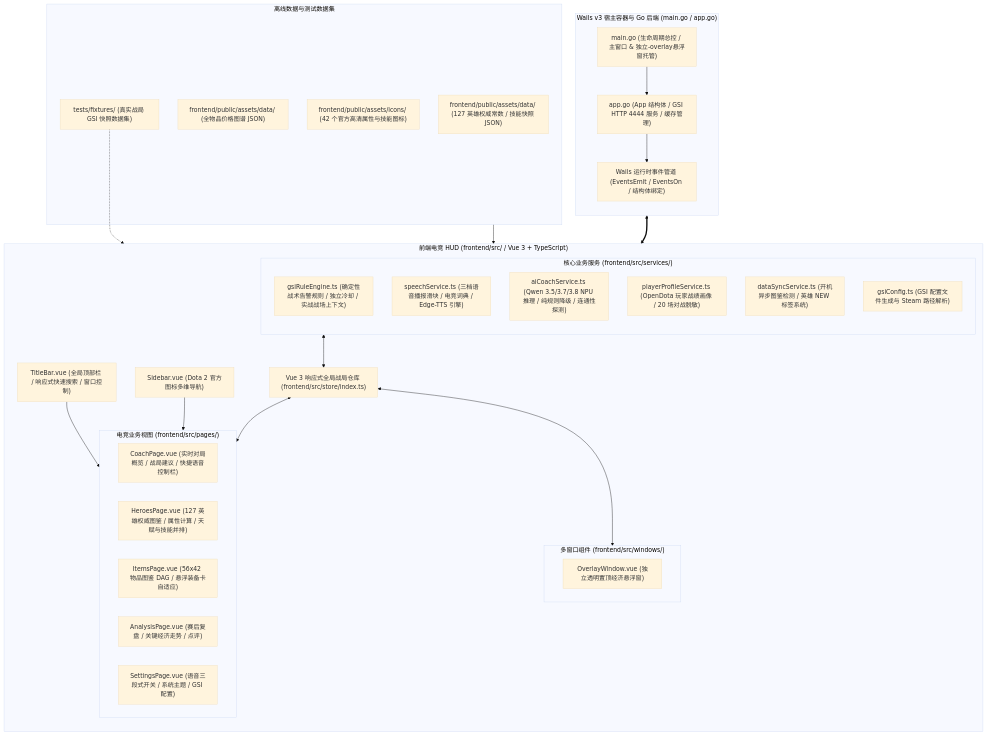
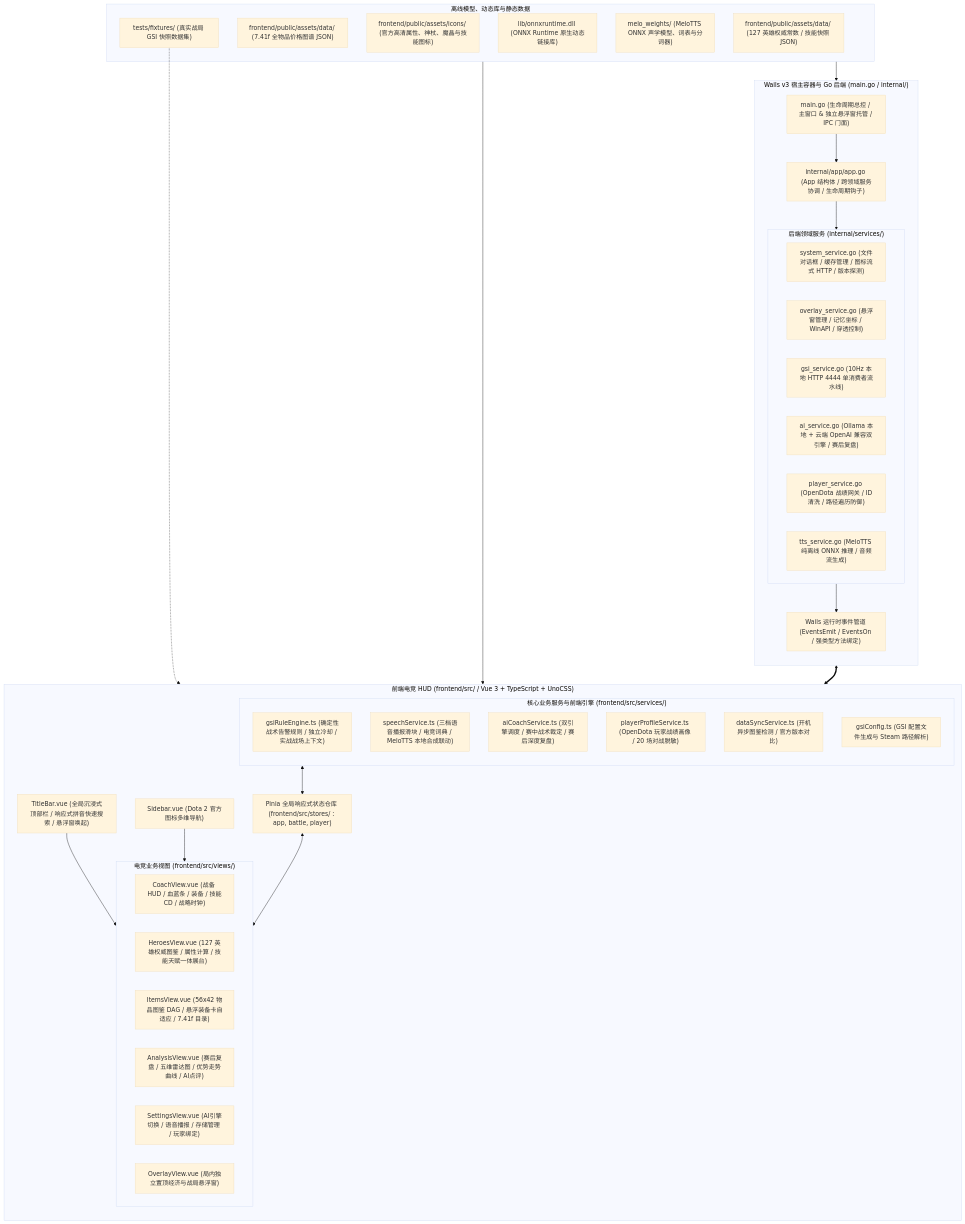
The diagram in docs/SYSTEM_LANDSCAPE.md (filusilia/tiny-coach), drawn with Mermaid (base theme) before and after one commit. The commit also changed other lines of this file and 284 other files, not shown here.

````diff
--- a/docs/SYSTEM_LANDSCAPE.md
+++ b/docs/SYSTEM_LANDSCAPE.md
@@ -11,55 +11,66 @@
 ```mermaid
 graph TB
-    subgraph Host ["Wails v3 宿主容器与 Go 后端 (main.go / app.go)"]
+    subgraph Host ["Wails v3 宿主容器与 Go 后端 (main.go / internal/)"]
         direction TB
-        GoMain["main.go (生命周期总控 / 主窗口 & 独立-overlay悬浮窗托管)"]
-        GoApp["app.go (App 结构体 / GSI HTTP 4444 服务 / 缓存管理)"]
-        WailsIPC["Wails 运行时事件管道 (EventsEmit / EventsOn / 结构体绑定)"]
+        GoMain["main.go (生命周期总控 / 主窗口 & 独立悬浮窗托管 / IPC 门面)"]
+        GoApp["internal/app/app.go (App 结构体 / 跨领域服务协调 / 生命周期钩子)"]
+        
+        subgraph GoServices ["后端领域服务 (internal/services/)"]
+            S_Sys["system_service.go (文件对话框 / 缓存管理 / 图标流式 HTTP / 版本探测)"]
+            S_Overlay["overlay_service.go (悬浮窗管理 / 记忆坐标 / WinAPI / 穿透控制)"]
+            S_Gsi["gsi_service.go (10Hz 本地 HTTP 4444 单消费者流水线)"]
+            S_Ai["ai_service.go (Ollama 本地 + 云端 OpenAI 兼容双引擎 / 赛后复盘)"]
+            S_Player["player_service.go (OpenDota 战绩网关 / ID清洗 / 路径遍历防御)"]
+            S_Tts["tts_service.go (MeloTTS 纯离线 ONNX 推理 / 音频流生成)"]
+        end
+
+        WailsIPC["Wails 运行时事件管道 (EventsEmit / EventsOn / 强类型方法绑定)"]
 
         GoMain --> GoApp
-        GoApp --> WailsIPC
+        GoApp --> GoServices
+        GoServices --> WailsIPC
     end
 
-    subgraph Frontend_HUD ["前端电竞 HUD (frontend/src/ / Vue 3 + TypeScript)"]
+    subgraph Frontend_HUD ["前端电竞 HUD (frontend/src/ / Vue 3 + TypeScript + UnoCSS)"]
         direction TB
-        TitleBar["TitleBar.vue (全局顶部栏 / 响应式快速搜索 / 窗口控制)"]
+        TitleBar["TitleBar.vue (全局沉浸式顶部栏 / 响应式拼音快速搜索 / 悬浮窗唤起)"]
         Sidebar["Sidebar.vue (Dota 2 官方图标多维导航)"]
-        Store["Vue 3 响应式全局战局仓库 (frontend/src/store/index.ts)"]
+        Stores["Pinia 全局响应式状态仓库 (frontend/src/stores/ : app, battle, player)"]
 
-        subgraph Services ["核心业务服务 (frontend/src/services/)"]
-            S_Rule["gsiRuleEngine.ts (确定性战术告警规则 / 独立冷却 / 实战战场上下文)"]
-            S_Speech["speechService.ts (三档语音播报滑块 / 电竞词典 / Edge-TTS 引擎)"]
-            S_AI["aiCoachService.ts (Qwen 3.5/3.7/3.8 NPU 推理 / 纯规则降级 / 连通性探测)"]
-            S_Profile["playerProfileService.ts (OpenDota 玩家战绩画像 / 20 场对战脱敏)"]
-            S_Sync["dataSyncService.ts (开机异步图鉴检测 / 英雄 NEW 标签系统)"]
-            S_Config["gsiConfig.ts (GSI 配置文件生成与 Steam 路径解析)"]
+        subgraph F_Services ["核心业务服务与前端引擎 (frontend/src/services/)"]
+            FE_Rule["gsiRuleEngine.ts (确定性战术告警规则 / 独立冷却 / 实战战场上下文)"]
+            FE_Speech["speechService.ts (三档语音播报滑块 / 电竞词典 / MeloTTS 本地合成联动)"]
+            FE_AI["aiCoachService.ts (双引擎调度 / 赛中战术裁定 / 赛后深度复盘)"]
+            FE_Profile["playerProfileService.ts (OpenDota 玩家战绩画像 / 20 场对战脱敏)"]
+            FE_DataSync["dataSyncService.ts (开机异步图鉴检测 / 官方版本对比)"]
+            FE_Config["gsiConfig.ts (GSI 配置文件生成与 Steam 路径解析)"]
         end
 
-        subgraph Pages ["电竞业务视图 (frontend/src/pages/)"]
-            P_Coach["CoachPage.vue (实时对局概览 / 战局建议 / 快捷语音控制栏)"]
-            P_Heroes["HeroesPage.vue (127 英雄权威图鉴 / 属性计算 / 天赋与技能并排)"]
-            P_Items["ItemsPage.vue (56x42 物品图鉴 DAG / 悬浮装备卡自适应)"]
-            P_Analysis["AnalysisPage.vue (赛后复盘 / 关键经济走势 / 点评)"]
-            P_Settings["SettingsPage.vue (语音三段式开关 / 系统主题 / GSI 配置)"]
+        subgraph Views ["电竞业务视图 (frontend/src/views/)"]
+            V_Coach["CoachView.vue (战备 HUD / 血蓝条 / 装备 / 技能CD / 战略时钟)"]
+            V_Heroes["HeroesView.vue (127 英雄权威图鉴 / 属性计算 / 技能天赋一体展台)"]
+            V_Items["ItemsView.vue (56x42 物品图鉴 DAG / 悬浮装备卡自适应 / 7.41f 目录)"]
+            V_Analysis["AnalysisView.vue (赛后复盘 / 五维雷达图 / 优势走势曲线 / AI点评)"]
+            V_Settings["SettingsView.vue (AI引擎切换 / 语音播报 / 存储管理 / 玩家绑定)"]
+            V_Overlay["OverlayView.vue (局内独立置顶经济与战局悬浮窗)"]
         end
 
-        subgraph Windows ["多窗口组件 (frontend/src/windows/)"]
-            W_Overlay["OverlayWindow.vue (独立透明置顶经济悬浮窗)"]
-        end
-
-        TitleBar & Sidebar --> Pages
-        Store <--> Pages & Windows
-        Services <--> Store
+        TitleBar & Sidebar --> Views
+        Stores <--> Views
+        F_Services <--> Stores
     end
 
-    subgraph Assets_Data ["离线数据与测试数据集"]
+    subgraph Native_Assets ["离线模型、动态库与静态数据"]
         Data_Heroes["frontend/public/assets/data/ (127 英雄权威常数 / 技能快照 JSON)"]
-        Data_Items["frontend/public/assets/data/ (全物品价格图谱 JSON)"]
-        Data_Icons["frontend/public/assets/icons/ (42 个官方高清属性与技能图标)"]
+        Data_Items["frontend/public/assets/data/ (7.41f 全物品价格图谱 JSON)"]
+        Data_Icons["frontend/public/assets/icons/ (官方高清属性、神杖、魔晶与技能图标)"]
+        Native_ONNX["lib/onnxruntime.dll (ONNX Runtime 原生动态链接库)"]
+        Melo_Model["melo_weights/ (MeloTTS ONNX 声学模型、词表与分词器)"]
         Fixtures["tests/fixtures/ (真实战局 GSI 快照数据集)"]
     end
 
-    WailsIPC <==> Store
-    Assets_Data --> Frontend_HUD
-    Fixtures -.-> S_Rule
+    WailsIPC <==> Stores
+    Native_Assets --> Frontend_HUD
+    Native_Assets --> GoServices
+    Fixtures -.-> FE_Rule
 ```
````
